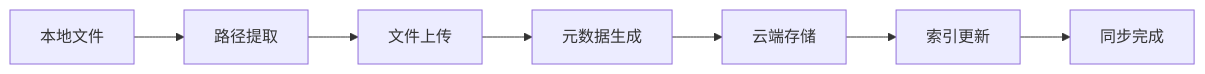
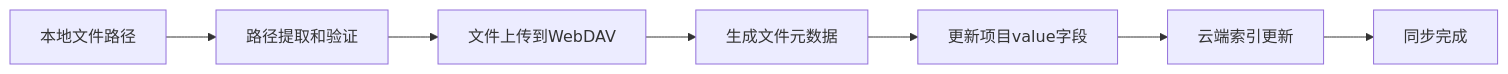
One commit to Ruszero01/EcoPaste-Sync changed the third of 3 diagrams in docs/CLOUD_SYNC_ARCHITECTURE.md. Above: the diagram before and after it, drawn with Mermaid. The commit also changed other lines of this file and 5 other files, not shown here.

````diff
--- a/docs/CLOUD_SYNC_ARCHITECTURE.md
+++ b/docs/CLOUD_SYNC_ARCHITECTURE.md
@@ -130,9 +192,9 @@
 ```mermaid
 graph LR
-    A[本地文件] --> B[路径提取]
-    B --> C[文件上传]
-    C --> D[元数据生成]
-    D --> E[云端存储]
-    E --> F[索引更新]
+    A[本地文件路径] --> B[路径提取和验证]
+    B --> C[文件上传到WebDAV]
+    C --> D[生成文件元数据]
+    D --> E[更新项目value字段]
+    E --> F[云端索引更新]
     F --> G[同步完成]
 ```
````
